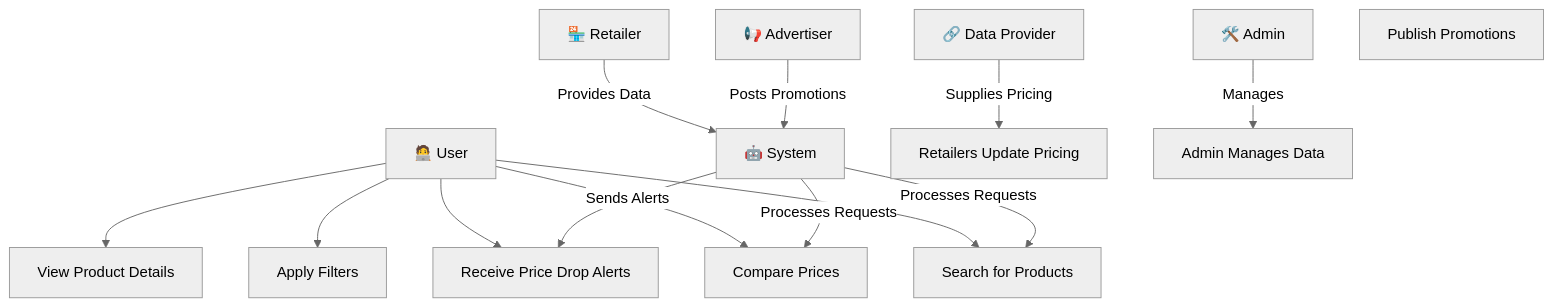
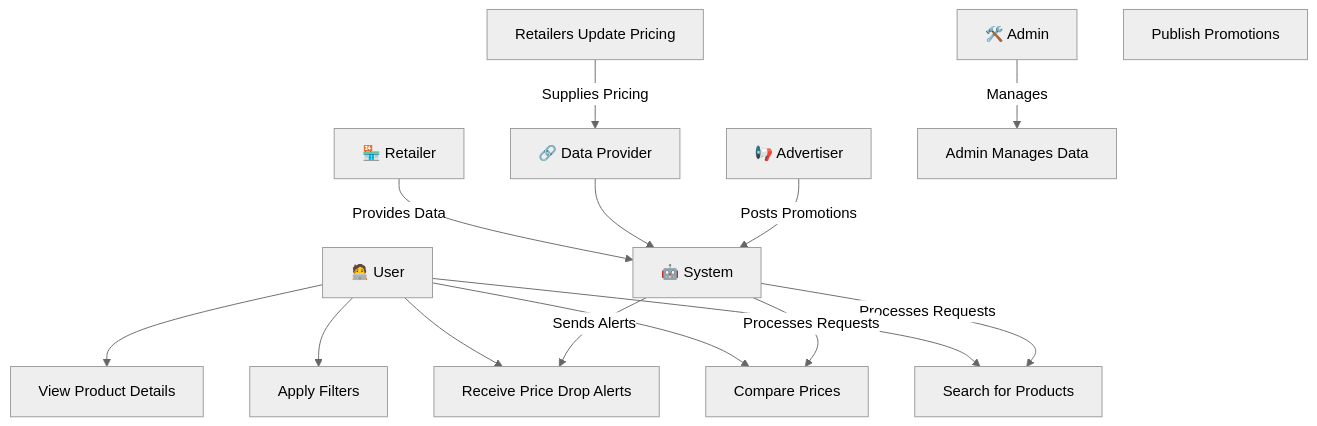
Before and after one commit to denzil-daniels-204525918/Price-aggregator-comparison-app: the diagram in Use Case Diagrams.md, drawn with Mermaid (neutral theme).

Commit message:
Update Use Case Diagrams.md

````diff
--- a/Use Case Diagrams.md
+++ b/Use Case Diagrams.md
@@ -3,36 +3,36 @@
 ```mermaid
 graph TD;
   %% Define Actors
   User["🧑‍💻 User"] 
   Retailer["🏪 Retailer"]
   Admin["🛠️ Admin"]
   DataProvider["🔗 Data Provider"]
   Advertiser["📢 Advertiser"]
   System["🤖 System"]
 
   %% Define Use Cases
   A["Search for Products"]
   B["Compare Prices"]
   C["Apply Filters"]
   D["View Product Details"]
   E["Receive Price Drop Alerts"]
   F["Retailers Update Pricing"]
   G["Admin Manages Data"]
   H["Publish Promotions"]
   
   %% Relationships
   User --> A
   User --> B
   User --> C
   User --> D
   User --> E
 
   Retailer -->|Provides Data| System
   Admin -->|Manages| G
-  DataProvider -->|Supplies Pricing| F
+  F -->|Supplies Pricing| DataProvider --> System
   Advertiser -->|Posts Promotions| System
 
   System -->|Processes Requests| A
   System -->|Processes Requests| B
   System -->|Sends Alerts| E
 ```
````
